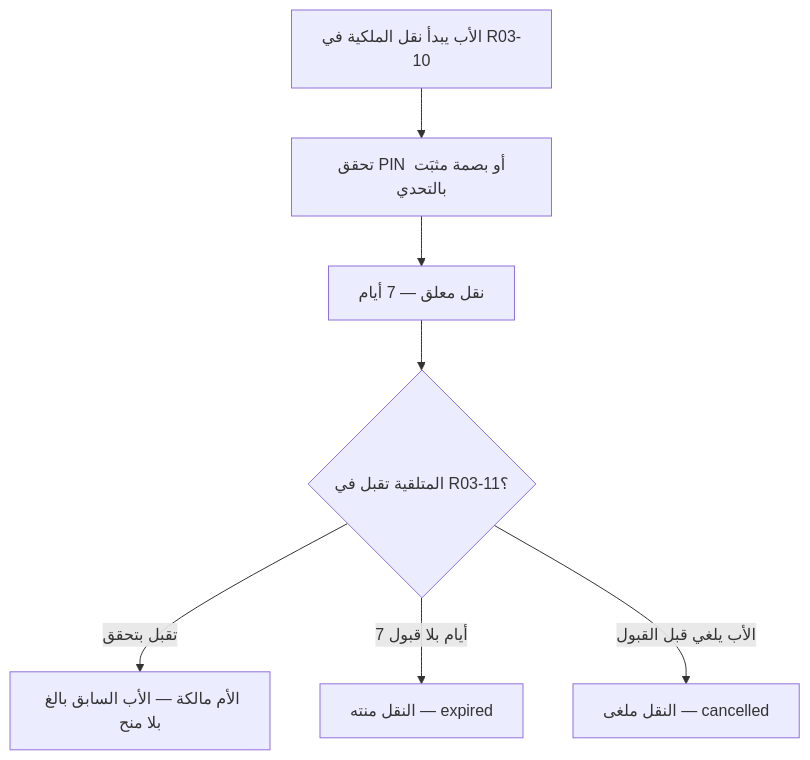
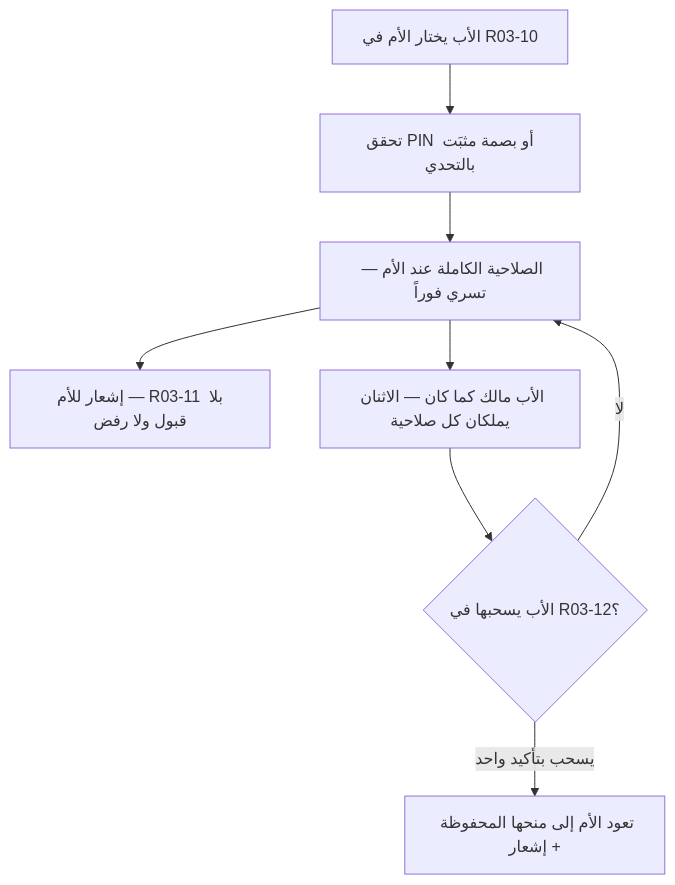
Before and after one commit to Bassam-mohammed-alqaeadi/family-os-v2: the second of 8 diagrams in docs/family-os/governance/phases/phase-1/S1-03-family-roles-and-permissions/SPEC.md, drawn with Mermaid. The commit also changed other lines of this file and 10 other files, not shown here.

````diff
--- a/docs/family-os/governance/phases/phase-1/S1-03-family-roles-and-permissions/SPEC.md
+++ b/docs/family-os/governance/phases/phase-1/S1-03-family-roles-and-permissions/SPEC.md
@@ -81,9 +81,10 @@
 ```mermaid
 flowchart TD
-    Start["الأب يبدأ نقل الملكية في R03-10"] --> Verify["تحقق PIN أو بصمة مثبَت بالتحدي"]
-    Verify --> Pending["نقل معلق — 7 أيام"]
-    Pending --> Accept{"المتلقية تقبل في R03-11؟"}
-    Accept -->|تقبل بتحقق| Done["الأم مالكة — الأب السابق بالغ بلا منح"]
-    Accept -->|7 أيام بلا قبول| Expired["النقل منته — expired"]
-    Accept -->|الأب يلغي قبل القبول| Cancelled["النقل ملغى — cancelled"]
+    Start["الأب يختار الأم في R03-10"] --> Verify["تحقق PIN أو بصمة مثبَت بالتحدي"]
+    Verify --> Active["الصلاحية الكاملة عند الأم — تسري فوراً"]
+    Active --> Notice["إشعار للأم — R03-11 بلا قبول ولا رفض"]
+    Active --> Both["الأب مالك كما كان — الاثنان يملكان كل صلاحية"]
+    Both --> Take{"الأب يسحبها في R03-12؟"}
+    Take -->|يسحب بتأكيد واحد| Back["تعود الأم إلى منحها المحفوظة + إشعار"]
+    Take -->|لا| Active
 ```
````
